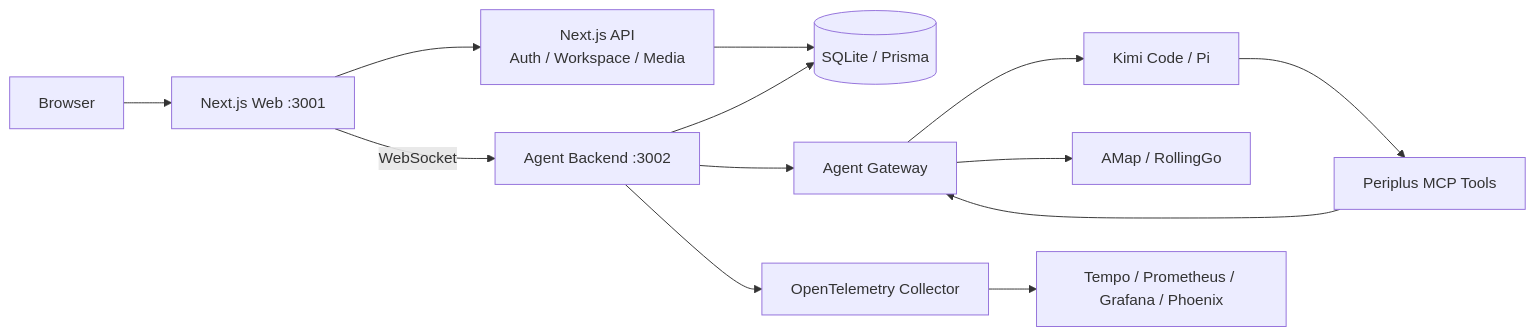
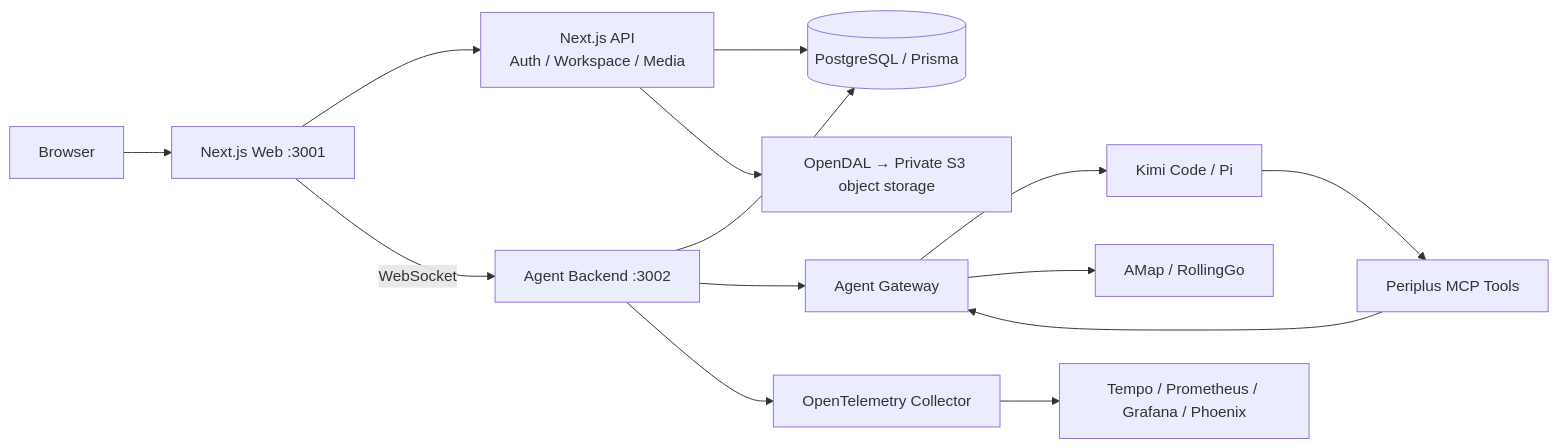
The diagram in README.en.md (ykfnxx/periplus), drawn with Mermaid before and after one commit. The commit also changed other lines of this file and 41 other files, not shown here.

Commit message:
Encapsulate resources with OpenDAL and PostgreSQL

````diff
--- a/README.en.md
+++ b/README.en.md
@@ -22,15 +22,16 @@
 ```mermaid
 flowchart LR
   U[Browser] --> W[Next.js Web :3001]
   W --> A["Next.js API<br/>Auth / Workspace / Media"]
   W -->|WebSocket| B[Agent Backend :3002]
-  A --> D[(SQLite / Prisma)]
+  A --> D[(PostgreSQL / Prisma)]
   B --> D
+  A --> S[OpenDAL → Private S3 object storage]
   B --> G[Agent Gateway]
   G --> R[Kimi Code / Pi]
   R --> M[Periplus MCP Tools]
   M --> G
   G --> P[AMap / RollingGo]
   B --> O[OpenTelemetry Collector]
   O --> V[Tempo / Prometheus / Grafana / Phoenix]
 ```
````
